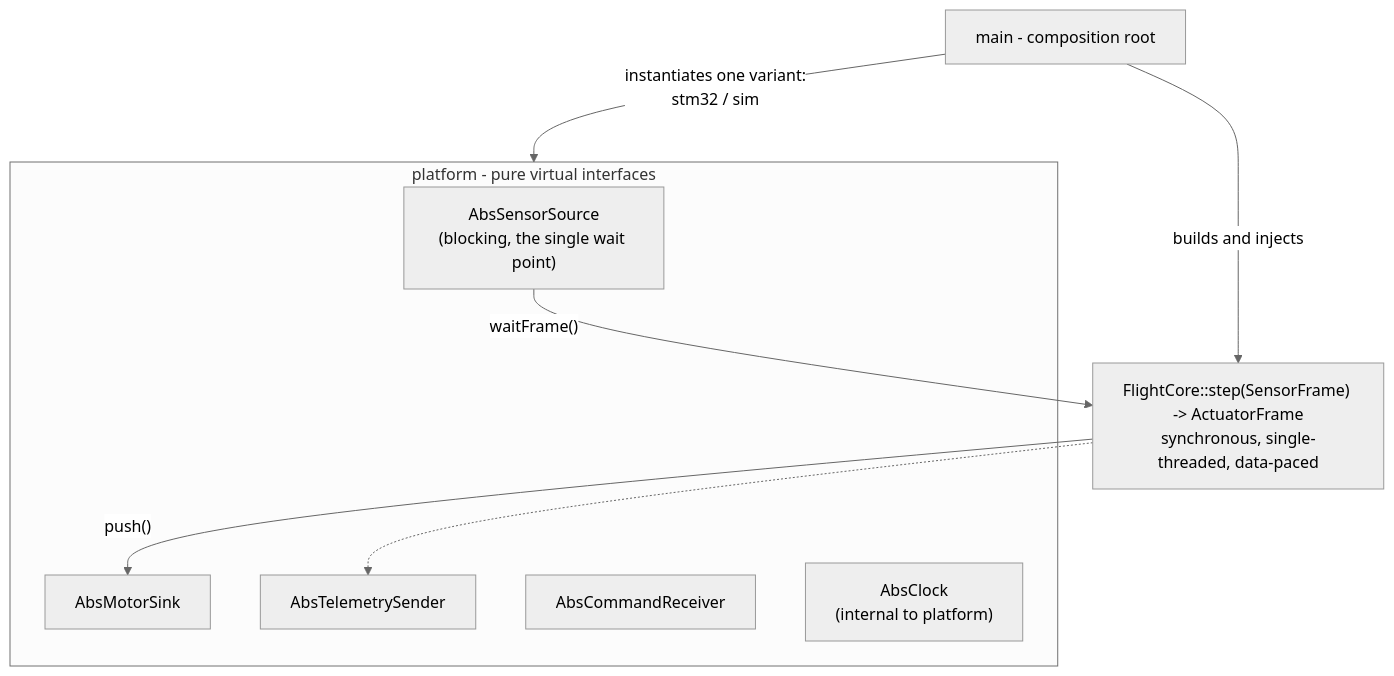
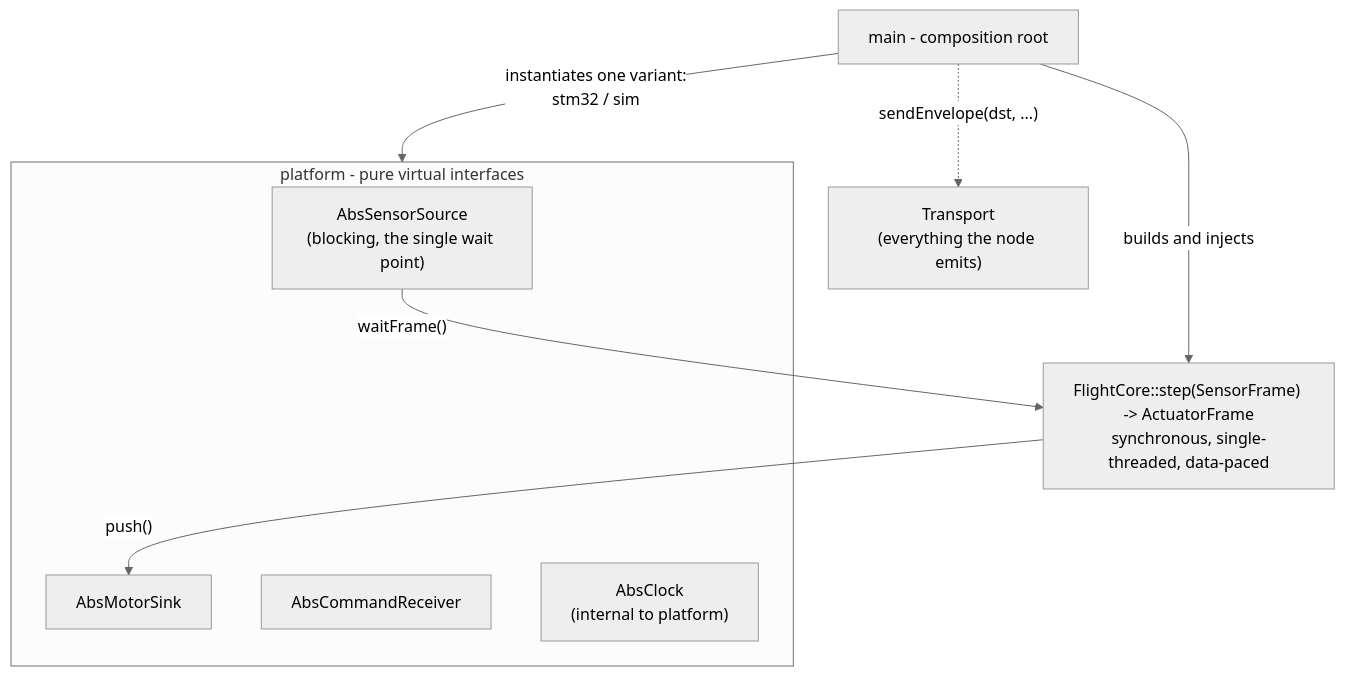
Before and after one commit to Keyrim/drone-mark4: the second of 2 diagrams in docs/architecture.md, drawn with Mermaid (neutral theme). The commit also changed 18 other files, not shown here.

First line of the commit message:
refactor(platform): drop AbsTelemetrySender, send envelopes through Transport

````diff
--- a/docs/architecture.md
+++ b/docs/architecture.md
@@ -51,19 +51,20 @@
 ```mermaid
 flowchart TB
     MAIN["main - composition root"]
     CORE["FlightCore::step(SensorFrame) -> ActuatorFrame<br/>synchronous, single-threaded, data-paced"]
 
     subgraph platform["platform - pure virtual interfaces"]
         SRC["AbsSensorSource<br/>(blocking, the single wait point)"]
         SINK["AbsMotorSink"]
-        TEL["AbsTelemetrySender"]
         CMD["AbsCommandReceiver"]
         CLK["AbsClock<br/>(internal to platform)"]
     end
+
+    TR["Transport<br/>(everything the node emits)"]
 
     MAIN -->|"builds and injects"| CORE
     MAIN -->|"instantiates one variant:<br/>stm32 / sim"| platform
     SRC -->|"waitFrame()"| CORE
     CORE -->|"push()"| SINK
-    CORE -.-> TEL
+    MAIN -.->|"sendEnvelope(dst, ...)"| TR
 ```
````
